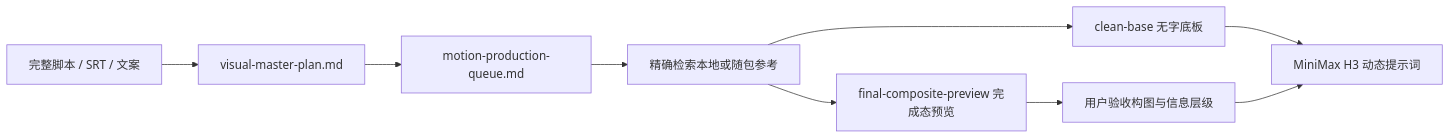
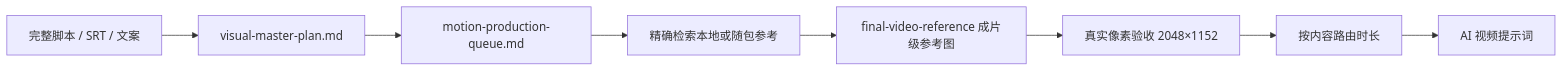
Before and after one commit to Work-Fisher/reference-first-motion-director: the diagram in README.md, drawn with Mermaid. The commit also changed other lines of this file and 9 other files, not shown here.

````diff
--- a/README.md
+++ b/README.md
@@ -16,11 +16,10 @@
 ```mermaid
 flowchart LR
     A[完整脚本 / SRT / 文案] --> B[visual-master-plan.md]
     B --> C[motion-production-queue.md]
     C --> D[精确检索本地或随包参考]
-    D --> E[clean-base 无字底板]
-    D --> F[final-composite-preview 完成态预览]
-    E --> G[MiniMax H3 动态提示词]
-    F --> H[用户验收构图与信息层级]
-    H --> G
+    D --> E[final-video-reference 成片级参考图]
+    E --> F[真实像素验收 2048×1152]
+    F --> G[按内容路由时长]
+    G --> H[AI 视频提示词]
 ```
````
